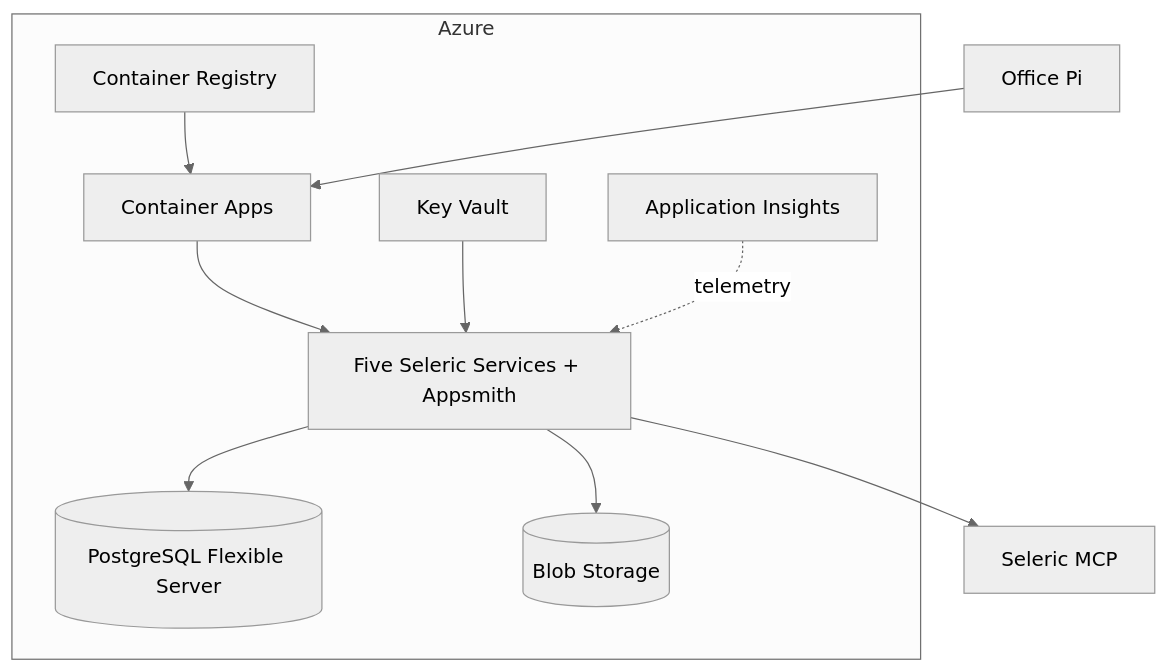
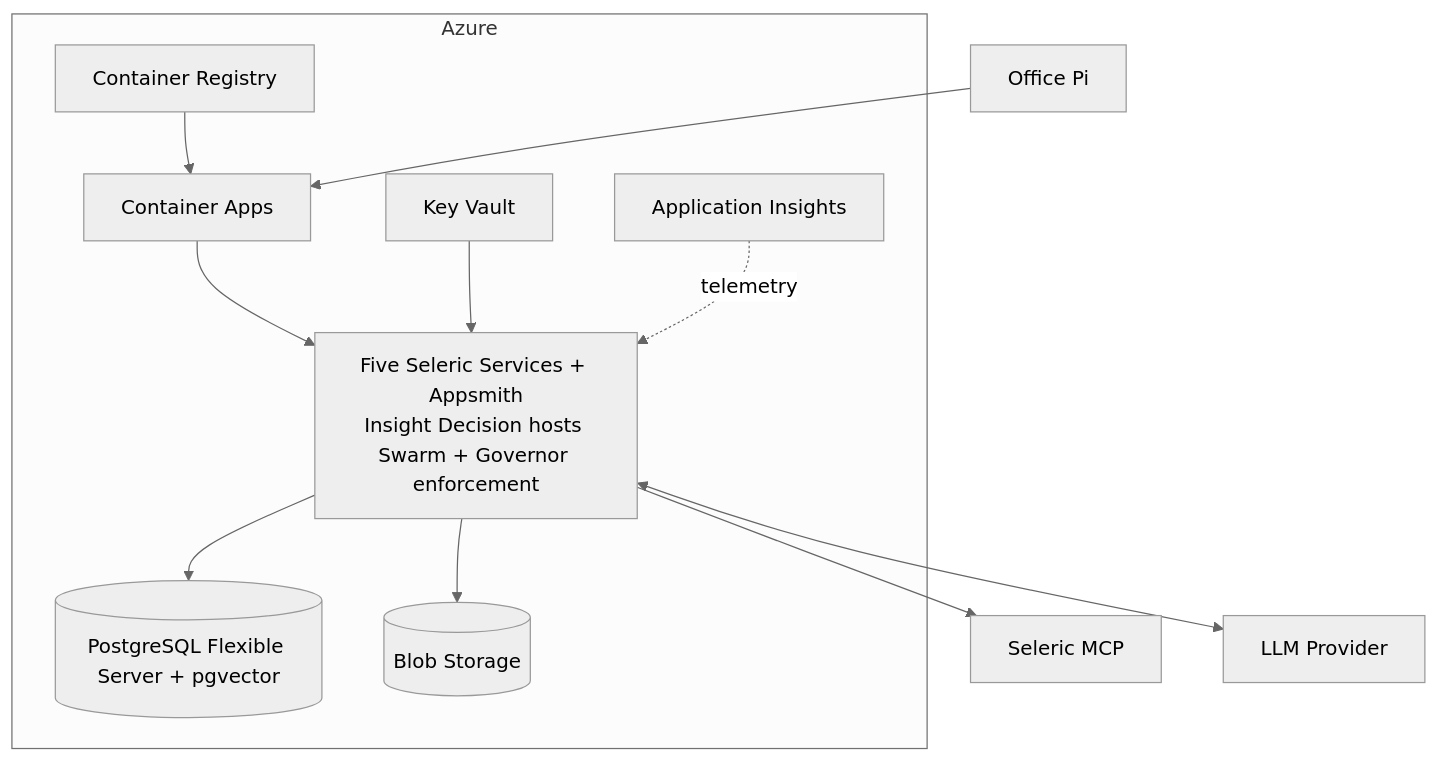
One commit to Tervigon-Collective/Seleric_Agent changed the diagram in diagrams/azure_deployment.mmd. Above: the diagram before and after it, drawn with Mermaid (neutral theme). The commit also changed 26 other files, not shown here.

```diff
--- a/diagrams/azure_deployment.mmd
+++ b/diagrams/azure_deployment.mmd
@@ -1,20 +1,22 @@
 flowchart TB
     Pi[Office Pi]
     subgraph Azure[Azure]
         ACA[Container Apps]
-        Services[Five Seleric Services + Appsmith]
-        PG[(PostgreSQL Flexible Server)]
+        Services[Five Seleric Services + Appsmith\nInsight Decision hosts Swarm + Governor enforcement]
+        PG[(PostgreSQL Flexible Server + pgvector)]
         Blob[(Blob Storage)]
         KV[Key Vault]
         Obs[Application Insights]
         ACR[Container Registry]
         ACA --> Services
         Services --> PG
         Services --> Blob
         KV --> Services
         Obs -. telemetry .-> Services
         ACR --> ACA
     end
     MCP[Seleric MCP]
+    LLM[LLM Provider]
     Pi --> ACA
     Services --> MCP
+    Services <--> LLM
```
